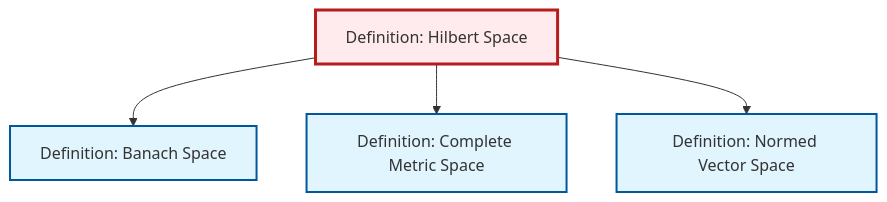
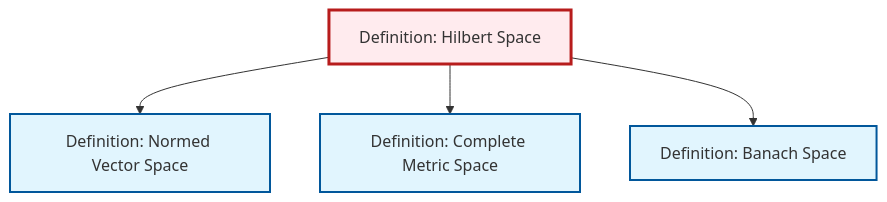
The diagram in content/ja/analysis/def-hilbert-space.qmd (RK0429/ModernMath), drawn with Mermaid before and after one commit. The commit also changed other lines of this file and 654 other files, not shown here.

````diff
--- a/content/ja/analysis/def-hilbert-space.qmd
+++ b/content/ja/analysis/def-hilbert-space.qmd
@@ -173,20 +173,20 @@
 ```{mermaid}
 %%| fig-cap: "Local dependency graph"
 graph TD
     classDef definition fill:#e1f5fe,stroke:#01579b,stroke-width:2px
     classDef theorem fill:#f3e5f5,stroke:#4a148c,stroke-width:2px
     classDef axiom fill:#fff3e0,stroke:#e65100,stroke-width:2px
     classDef example fill:#e8f5e9,stroke:#1b5e20,stroke-width:2px
     classDef current fill:#ffebee,stroke:#b71c1c,stroke-width:3px
+    def-hilbert-space["Definition: Hilbert Space"]:::definition
     def-normed-vector-space["Definition: Normed Vector Space"]:::definition
     def-banach-space["Definition: Banach Space"]:::definition
-    def-hilbert-space["Definition: Hilbert Space"]:::definition
     def-complete-metric-space["Definition: Complete Metric Space"]:::definition
+    def-hilbert-space --> def-normed-vector-space
+    def-hilbert-space --> def-complete-metric-space
     def-hilbert-space --> def-banach-space
-    def-hilbert-space --> def-complete-metric-space
-    def-hilbert-space --> def-normed-vector-space
     class def-hilbert-space current
     click def-normed-vector-space "def-normed-vector-space.html" "Definition: Normed Vector Spaceへ"
     click def-banach-space "def-banach-space.html" "Definition: Banach Spaceへ"
     click def-complete-metric-space "def-complete-metric-space.html" "Definition: Complete Metric Spaceへ"
 ```
````
